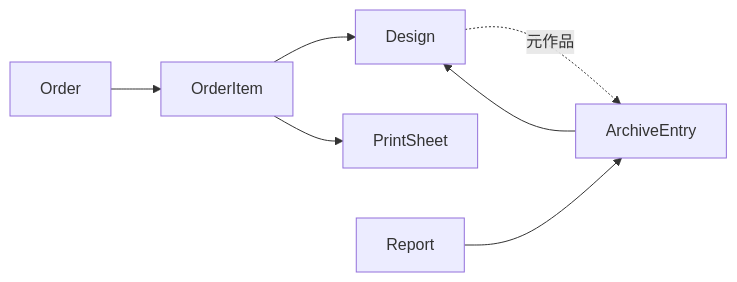
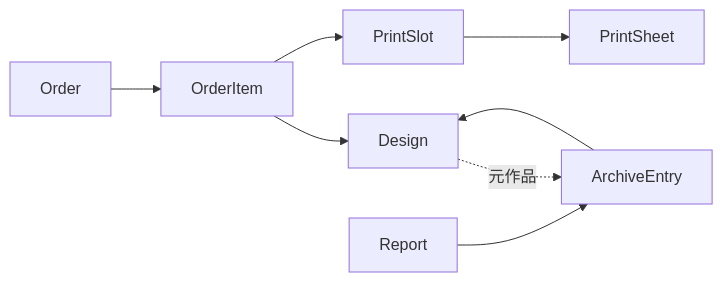
One commit to sofken2/canbadge-order-system changed the fifth of 5 diagrams in docs/spec.md. Above: the diagram before and after it, drawn with Mermaid. The commit also changed other lines of this file and 2 other files, not shown here.

````diff
--- a/docs/spec.md
+++ b/docs/spec.md
@@ -333,9 +338,10 @@
 ```mermaid
 flowchart LR
     O[Order] --> OI[OrderItem]
     OI --> D[Design]
-    OI --> PS[PrintSheet]
+    OI --> SL[PrintSlot]
+    SL --> PS[PrintSheet]
     D -.元作品.-> AE[ArchiveEntry]
     AE --> D
     R[Report] --> AE
 ```
````
